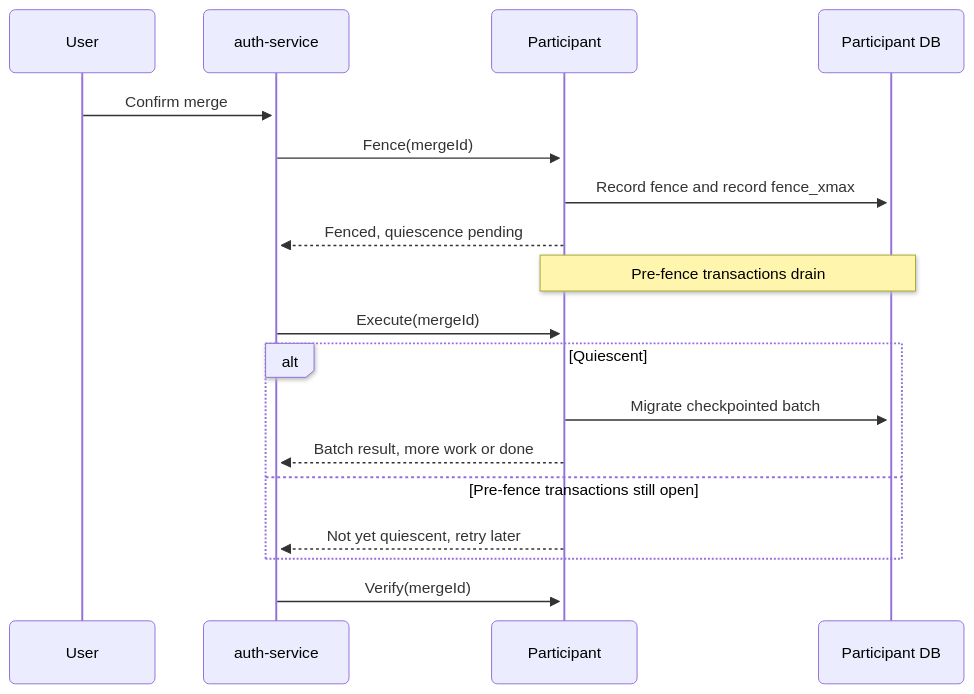
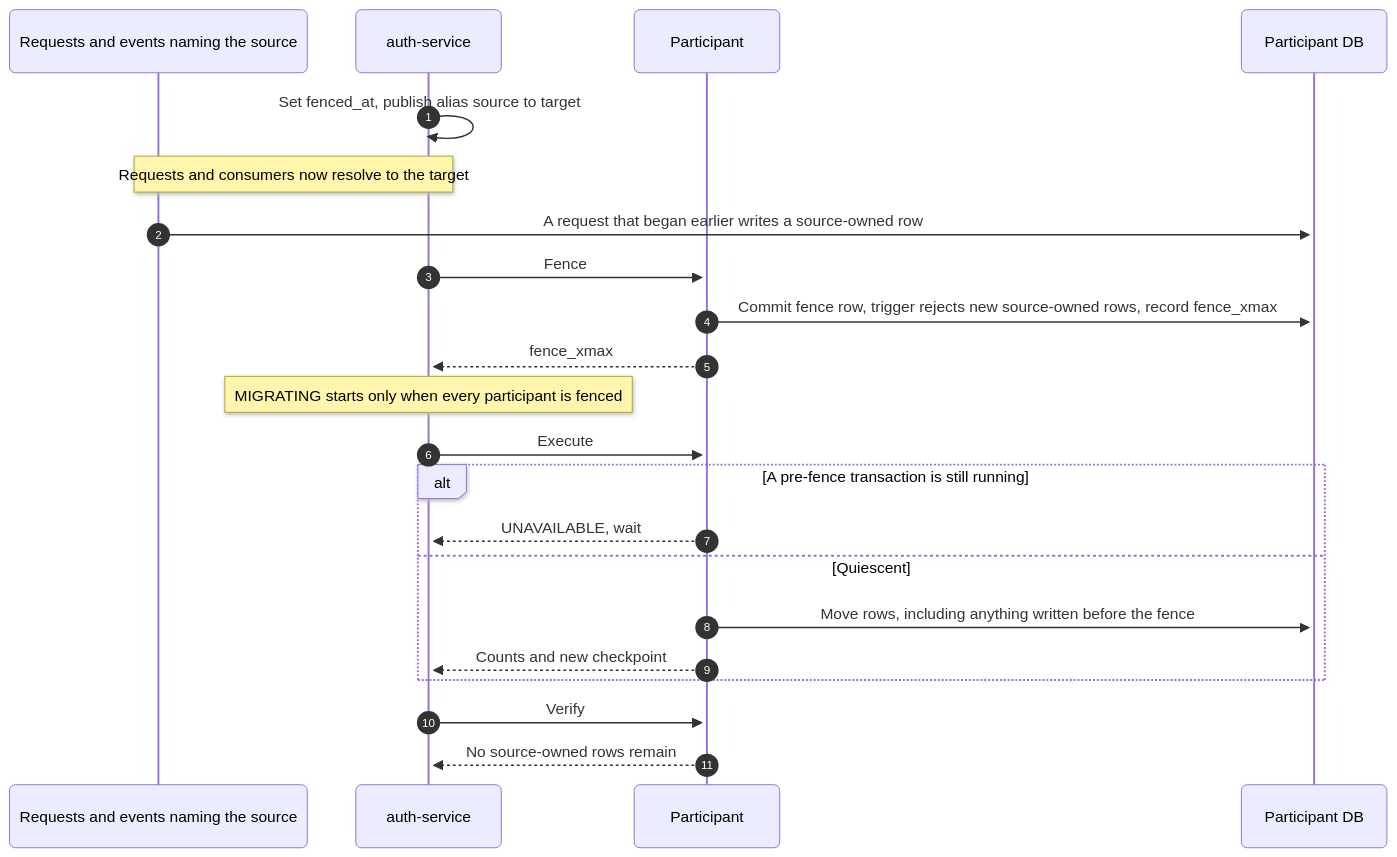
One commit to dzenyu/dzenyu.github.io changed the fourth of 5 diagrams in src/content/blog/reliable-account-merge-microservices.mdx. Above: the diagram before and after it, drawn with Mermaid. The commit also changed other lines of this file, not shown here.

First line of the commit message:
docs(blog): update account merge post with latest design

````diff
--- a/src/content/blog/reliable-account-merge-microservices.mdx
+++ b/src/content/blog/reliable-account-merge-microservices.mdx
@@ -182,24 +281,29 @@
 ```mermaid
 ---
 config:
   look: neo
 ---
 sequenceDiagram
-    participant U as User
-    participant C as auth-service
+    autonumber
+    participant W as Requests and events naming the source
+    participant A as auth-service
     participant P as Participant
     participant D as Participant DB
-    U->>C: Confirm merge
-    C->>P: Fence(mergeId)
-    P->>D: Record fence and record fence_xmax
-    P-->>C: Fenced, quiescence pending
-    Note over P,D: Pre-fence transactions drain
-    C->>P: Execute(mergeId)
-    alt Quiescent
-        P->>D: Migrate checkpointed batch
-        P-->>C: Batch result, more work or done
-    else Pre-fence transactions still open
-        P-->>C: Not yet quiescent, retry later
+
+    A->>A: Set fenced_at, publish alias source to target
+    Note over W,A: Requests and consumers now resolve to the target
+    W->>D: A request that began earlier writes a source-owned row
+    A->>P: Fence
+    P->>D: Commit fence row, trigger rejects new source-owned rows, record fence_xmax
+    P-->>A: fence_xmax
+    Note over A: MIGRATING starts only when every participant is fenced
+    A->>P: Execute
+    alt A pre-fence transaction is still running
+        P-->>A: UNAVAILABLE, wait
+    else Quiescent
+        P->>D: Move rows, including anything written before the fence
+        P-->>A: Counts and new checkpoint
     end
-    C->>P: Verify(mergeId)
+    A->>P: Verify
+    P-->>A: No source-owned rows remain
 ```
````
